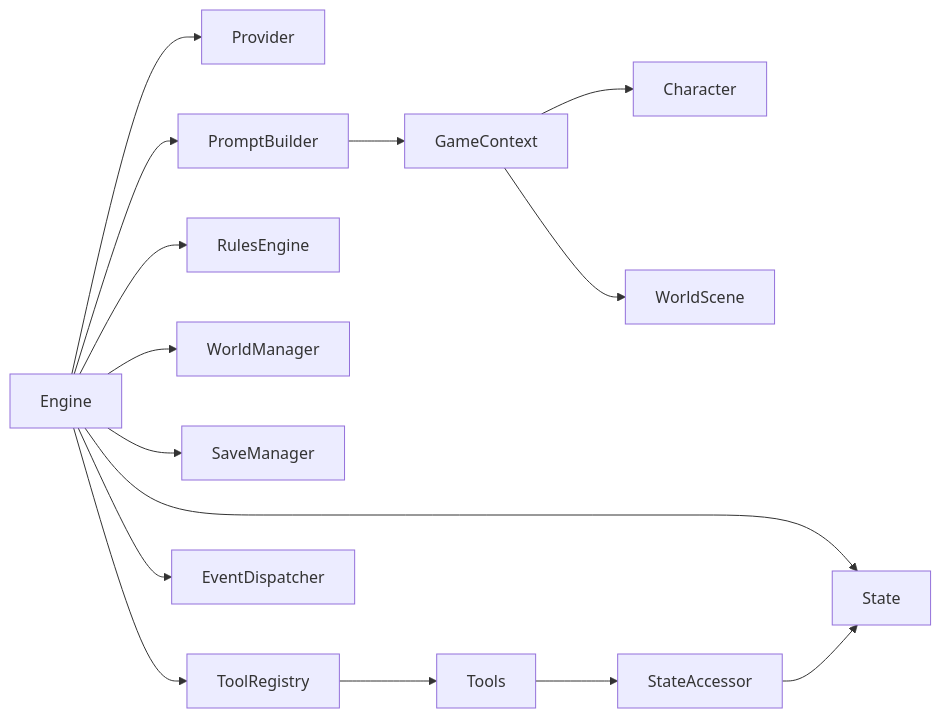
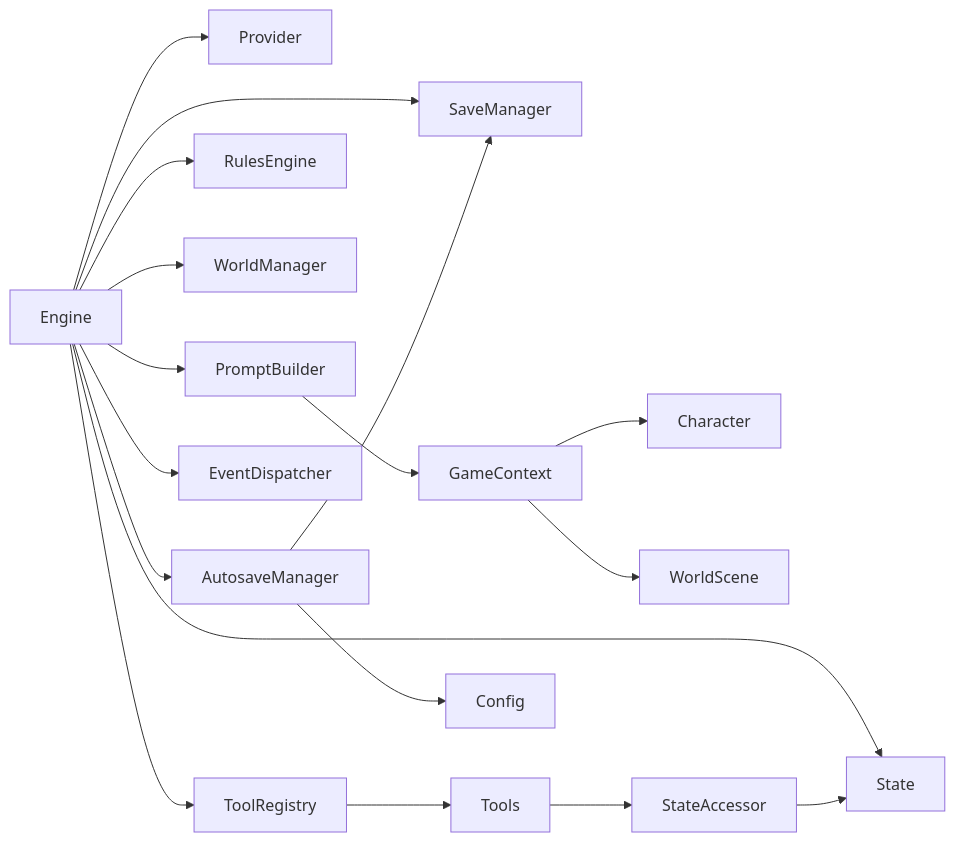
Before and after one commit to zwh8800/cdnd: the fifth of 5 diagrams in .qoder/repowiki/zh/content/游戏引擎架构/引擎核心组件.md, drawn with Mermaid. The commit also changed other lines of this file and 11 other files, not shown here.

````diff
--- a/.qoder/repowiki/zh/content/游戏引擎架构/引擎核心组件.md
+++ b/.qoder/repowiki/zh/content/游戏引擎架构/引擎核心组件.md
@@ -331,17 +376,20 @@
 ```mermaid
 graph LR
 Engine --> State
 Engine --> Provider
 Engine --> PromptBuilder
 Engine --> RulesEngine
 Engine --> WorldManager
 Engine --> SaveManager
 Engine --> ToolRegistry
 Engine --> EventDispatcher
+Engine --> AutosaveManager
 PromptBuilder --> GameContext
 GameContext --> Character
 GameContext --> WorldScene
 ToolRegistry --> Tools
 Tools --> StateAccessor
 StateAccessor --> State
+AutosaveManager --> Config
+AutosaveManager --> SaveManager
 ```
````
